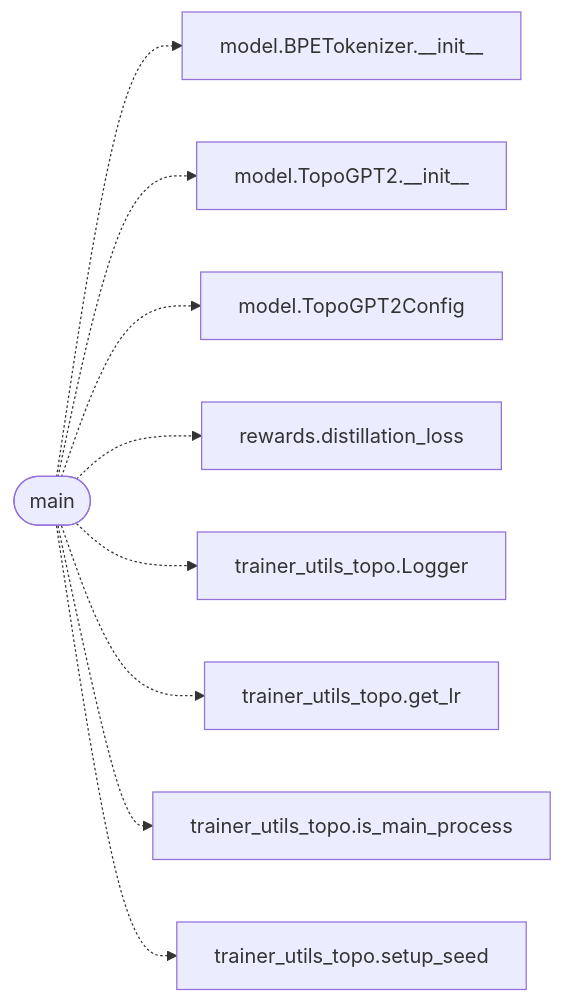
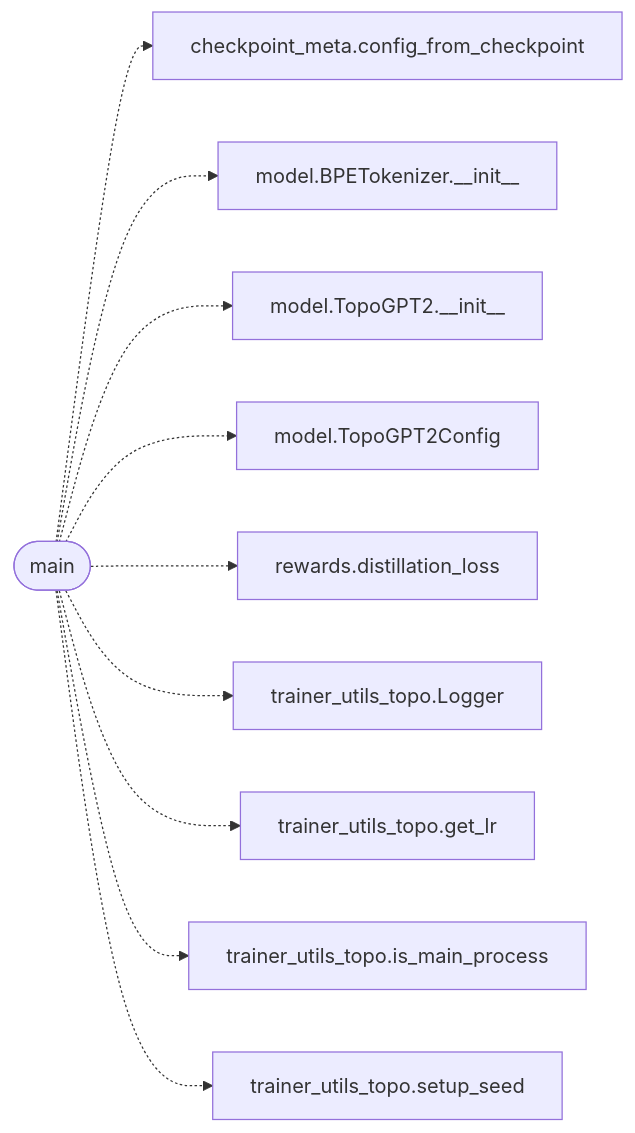
The diagram in readmenator-apidocs/modules/topogpt3.train_distill.py.md (grisuno/TopoGPT3), drawn with Mermaid before and after one commit. The commit also changed other lines of this file and 185 other files, not shown here.

````diff
--- a/readmenator-apidocs/modules/topogpt3.train_distill.py.md
+++ b/readmenator-apidocs/modules/topogpt3.train_distill.py.md
@@ -19,20 +19,22 @@
 ```mermaid
 flowchart LR
     n_topogpt3_train_distill_py__main(["main"])
+    n_topogpt3_checkpoint_meta_py__config_from_checkpoint["checkpoint_meta.config_from_checkpoint"]
     n_topogpt3_model_py__BPETokenizer___init__["model.BPETokenizer.__init__"]
     n_topogpt3_model_py__TopoGPT2___init__["model.TopoGPT2.__init__"]
     n_topogpt3_model_py__TopoGPT2Config["model.TopoGPT2Config"]
     n_topogpt3_rewards_py__distillation_loss["rewards.distillation_loss"]
     n_topogpt3_trainer_utils_topo_py__Logger["trainer_utils_topo.Logger"]
     n_topogpt3_trainer_utils_topo_py__get_lr["trainer_utils_topo.get_lr"]
     n_topogpt3_trainer_utils_topo_py__is_main_process["trainer_utils_topo.is_main_process"]
     n_topogpt3_trainer_utils_topo_py__setup_seed["trainer_utils_topo.setup_seed"]
+    n_topogpt3_train_distill_py__main -.-> n_topogpt3_checkpoint_meta_py__config_from_checkpoint
     n_topogpt3_train_distill_py__main -.-> n_topogpt3_model_py__BPETokenizer___init__
     n_topogpt3_train_distill_py__main -.-> n_topogpt3_model_py__TopoGPT2___init__
     n_topogpt3_train_distill_py__main -.-> n_topogpt3_model_py__TopoGPT2Config
     n_topogpt3_train_distill_py__main -.-> n_topogpt3_rewards_py__distillation_loss
     n_topogpt3_train_distill_py__main -.-> n_topogpt3_trainer_utils_topo_py__Logger
     n_topogpt3_train_distill_py__main -.-> n_topogpt3_trainer_utils_topo_py__get_lr
     n_topogpt3_train_distill_py__main -.-> n_topogpt3_trainer_utils_topo_py__is_main_process
     n_topogpt3_train_distill_py__main -.-> n_topogpt3_trainer_utils_topo_py__setup_seed
 ```
````
